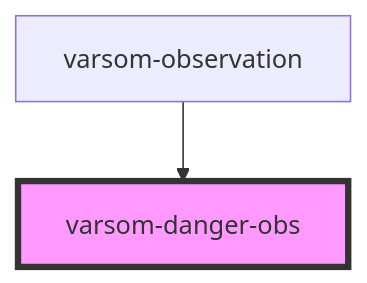
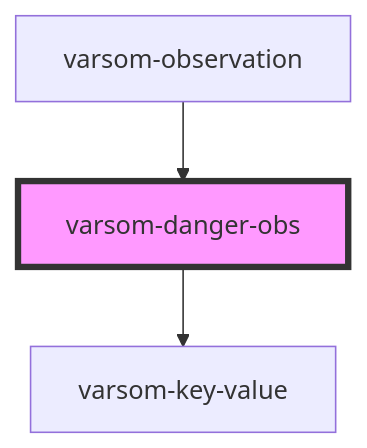
One commit to NVE/varsom-observation changed the diagram in observasjonskort/src/components/varsom-danger-obs/readme.md. Above: the diagram before and after it, drawn with Mermaid. The commit also changed other lines of this file and 4 other files, not shown here.

Commit message:
danger-obs update

````diff
--- a/observasjonskort/src/components/varsom-danger-obs/readme.md
+++ b/observasjonskort/src/components/varsom-danger-obs/readme.md
@@ -24,5 +31,6 @@
 ```mermaid
 graph TD;
+  varsom-danger-obs --> varsom-key-value
   varsom-observation --> varsom-danger-obs
   style varsom-danger-obs fill:#f9f,stroke:#333,stroke-width:4px
 ```
````
